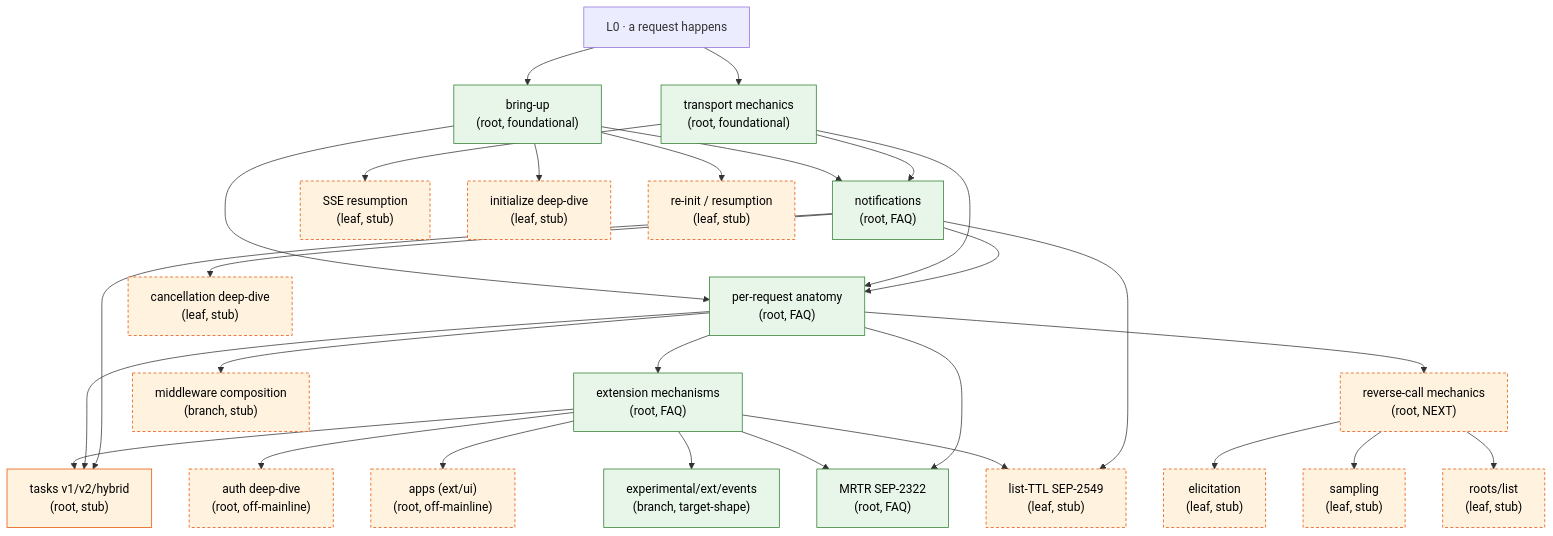
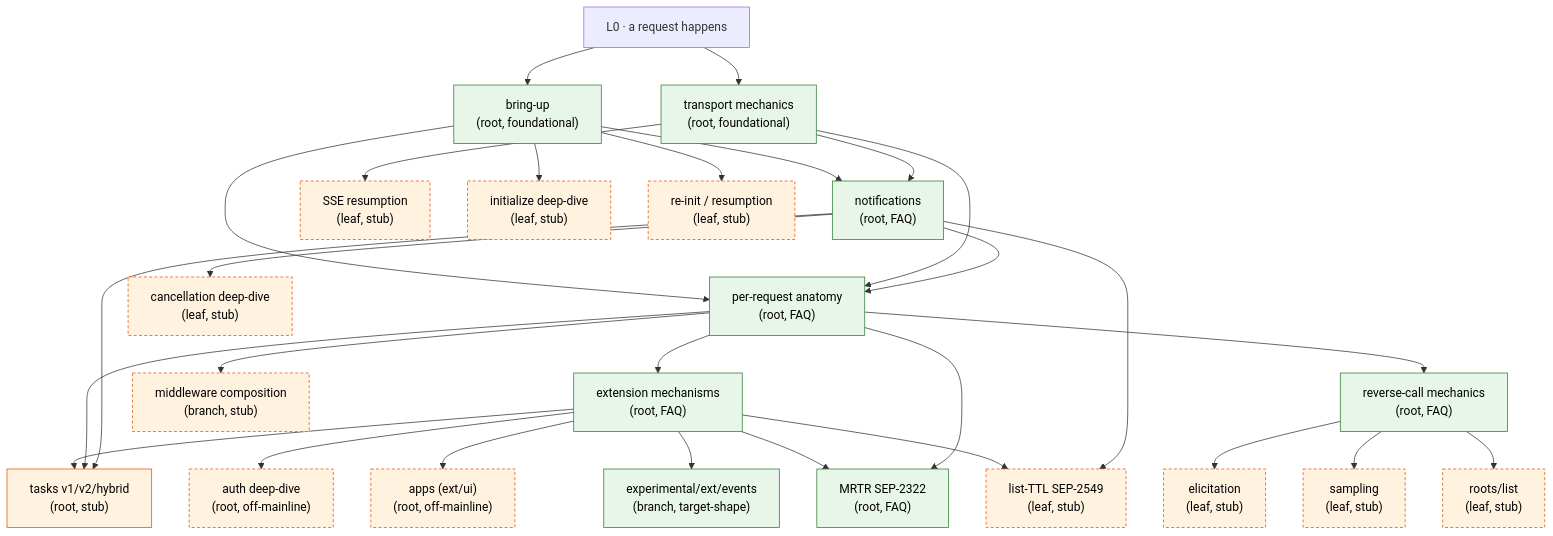
The diagram in tutorials/walkthrough/INDEX.md (panyam/mcpkit), drawn with Mermaid before and after one commit. The commit also changed other lines of this file and 7 other files, not shown here.

First line of the commit message:
docs(tutorial): write reverse-call.md (sampling/elicitation/roots end-to-end)

````diff
--- a/tutorials/walkthrough/INDEX.md
+++ b/tutorials/walkthrough/INDEX.md
@@ -63,74 +63,75 @@
 ```mermaid
 graph TD
     L0[L0 · a request happens]
 
     bringup["bring-up<br/>(root, foundational)"]
     wire["transport mechanics<br/>(root, foundational)"]
     notif["notifications<br/>(root, FAQ)"]
     anat["per-request anatomy<br/>(root, FAQ)"]
     ext["extension mechanisms<br/>(root, FAQ)"]
 
-    rev["reverse-call mechanics<br/>(root, NEXT)"]
+    rev["reverse-call mechanics<br/>(root, FAQ)"]
     tasks["tasks v1/v2/hybrid<br/>(root, stub)"]
     auth["auth deep-dive<br/>(root, off-mainline)"]
     apps["apps (ext/ui)<br/>(root, off-mainline)"]
 
     resume["SSE resumption<br/>(leaf, stub)"]
     mw["middleware composition<br/>(branch, stub)"]
     mrtr["MRTR SEP-2322<br/>(root, FAQ)"]
     init["initialize deep-dive<br/>(leaf, stub)"]
     reinit["re-init / resumption<br/>(leaf, stub)"]
     events["experimental/ext/events<br/>(branch, target-shape)"]
     elicit["elicitation<br/>(leaf, stub)"]
     sample["sampling<br/>(leaf, stub)"]
     rootsLeaf["roots/list<br/>(leaf, stub)"]
     canceldeep["cancellation deep-dive<br/>(leaf, stub)"]
     listttl["list-TTL SEP-2549<br/>(leaf, stub)"]
 
     L0 --> bringup
     L0 --> wire
 
     bringup --> notif
     wire --> notif
     bringup --> anat
     wire --> anat
     notif --> anat
     anat --> ext
 
     ext --> tasks
     ext --> auth
     ext --> apps
     ext --> events
     ext --> mrtr
     ext --> listttl
     anat --> rev
     anat --> mw
     anat --> mrtr
     anat --> tasks
     notif --> tasks
 
     wire --> resume
     bringup --> init
     bringup --> reinit
 
     rev --> elicit
     rev --> sample
     rev --> rootsLeaf
     notif --> canceldeep
     notif --> listttl
 
     classDef written fill:#e8f5e9,stroke:#2e7d32,color:#000;
     classDef next fill:#fff3e0,stroke:#e65100,color:#000;
     classDef stub fill:#fff3e0,stroke:#e65100,color:#000,stroke-dasharray:4 3;
-    class bringup,wire,notif,anat,ext,events,mrtr written;
+    class bringup,wire,notif,anat,ext,events,mrtr,rev written;
     class tasks next;
-    class auth,apps,resume,mw,rev,init,reinit,elicit,sample,rootsLeaf,canceldeep,listttl stub;
+    class auth,apps,resume,mw,init,reinit,elicit,sample,rootsLeaf,canceldeep,listttl stub;
 
     click bringup "./bringup.md"
     click wire "./transport-mechanics.md"
     click notif "./notifications.md"
     click anat "./request-anatomy.md"
     click ext "./extension-mechanisms.md"
     click events "./events.md"
     click mrtr "./mrtr.md"
+    click rev "./reverse-call.md"
 ```
````
